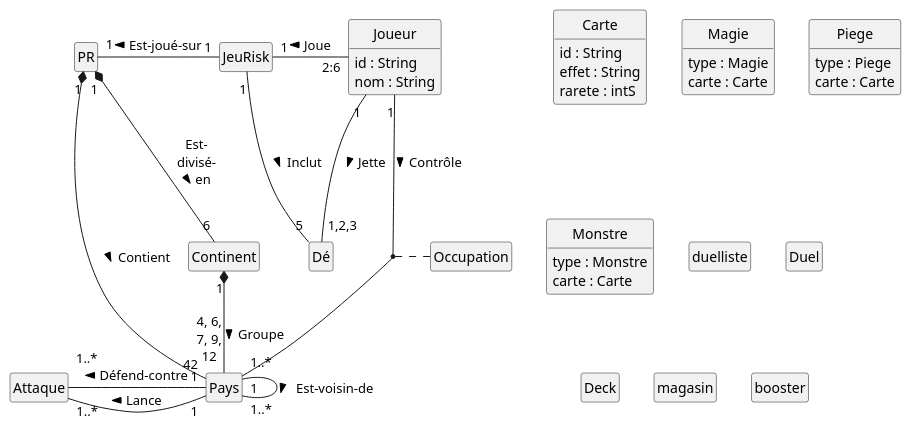
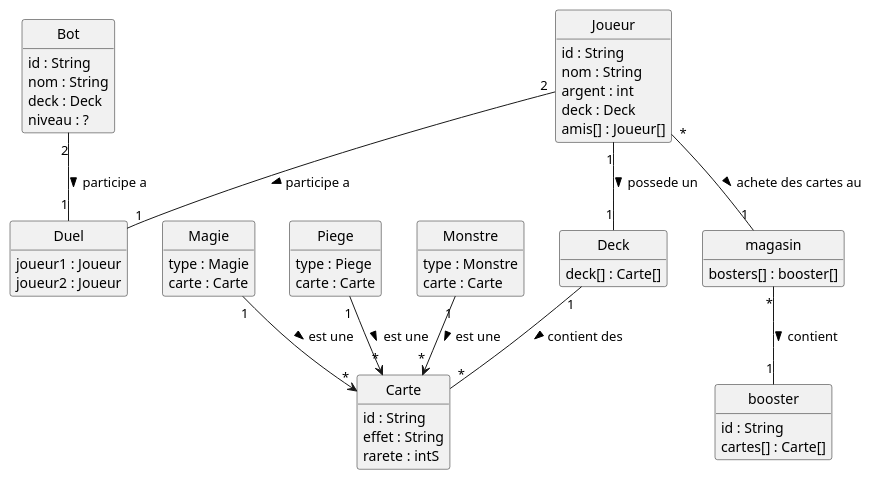
Before and after one commit to RoswellKito/Monster-Bam: the diagram in Conception/MDD.md, drawn with PlantUML.

Commit message:
fin du premier jet du MDD

```diff
--- a/Conception/MDD.md
+++ b/Conception/MDD.md
@@ -1,48 +1,67 @@
 @startuml
 skinparam style strictuml
 skinparam backgroundcolor transparent
 scale 1
 hide empty members
 
 class Joueur {
   id : String
   nom : String
-}
-class Carte {
-  id : String
-  effet : String
-  rarete : intS
+  argent : int
+  deck : Deck
+  amis[] : Joueur[]
 }
 
 class Magie{
   type : Magie
   carte : Carte
 }
 class Piege{
   type : Piege
   carte : Carte
 }
 class Monstre{
   type : Monstre
   carte : Carte
 }
-class duelliste{}
-class Duel{}
-class Deck{}
-class magasin{}
-class booster{}
+
+class Carte {
+  id : String
+  effet : String
+  rarete : intS
+}
+
+class Duel{
+  joueur1 : Joueur
+  joueur2 : Joueur
+}
+class Deck{
+  deck[] : Carte[]
+}
+class magasin{
+  bosters[] : booster[]
+}
+class booster{
+  id : String
+  cartes[] : Carte[]
+}
+class Bot{
+  id : String
+  nom : String
+  deck : Deck
+  niveau : ?
+}
 
 
-PR "1" *-- "42" Pays : Contient >
-PR "1" *-- "6" Continent : Est-\ndivisé-\nen >
-Continent "1" *-- "4, 6,\n7, 9,\n12" Pays : Groupe >
-Pays "1" -- "1..*" Pays : Est-voisin-de >
-JeuRisk "1" -l- "1" PR : Est-joué-sur >
-JeuRisk "1" -d- "5" Dé : Inclut >
-Joueur "   2:6" -l- "1" JeuRisk : Joue >
-Joueur "1" -- "1..*" Pays : Contrôle >
-(Joueur, Pays) .. Occupation
-Pays "1" -l- "1..*" Attaque : Lance >
-Pays "1" -- "1..*\n" Attaque : Défend-contre >
-Joueur "1" -- "1,2,3" Dé : Jette >
+Magie "1" --> "*" Carte : est une >
+Piege "1" --> "*" Carte : est une >
+Monstre "1" --> "*" Carte : est une >
+magasin "*" -- "1" booster : contient >
+Joueur "*" -- "1" magasin : achete des cartes au >
+Deck "1" -- "*" Carte : contient des >
+Joueur "1" -- "1" Deck : possede un >
+Joueur "2" -- "1" Duel : participe a >
+Bot "2" -- "1" Duel : participe a >
+
+
 @enduml
```
